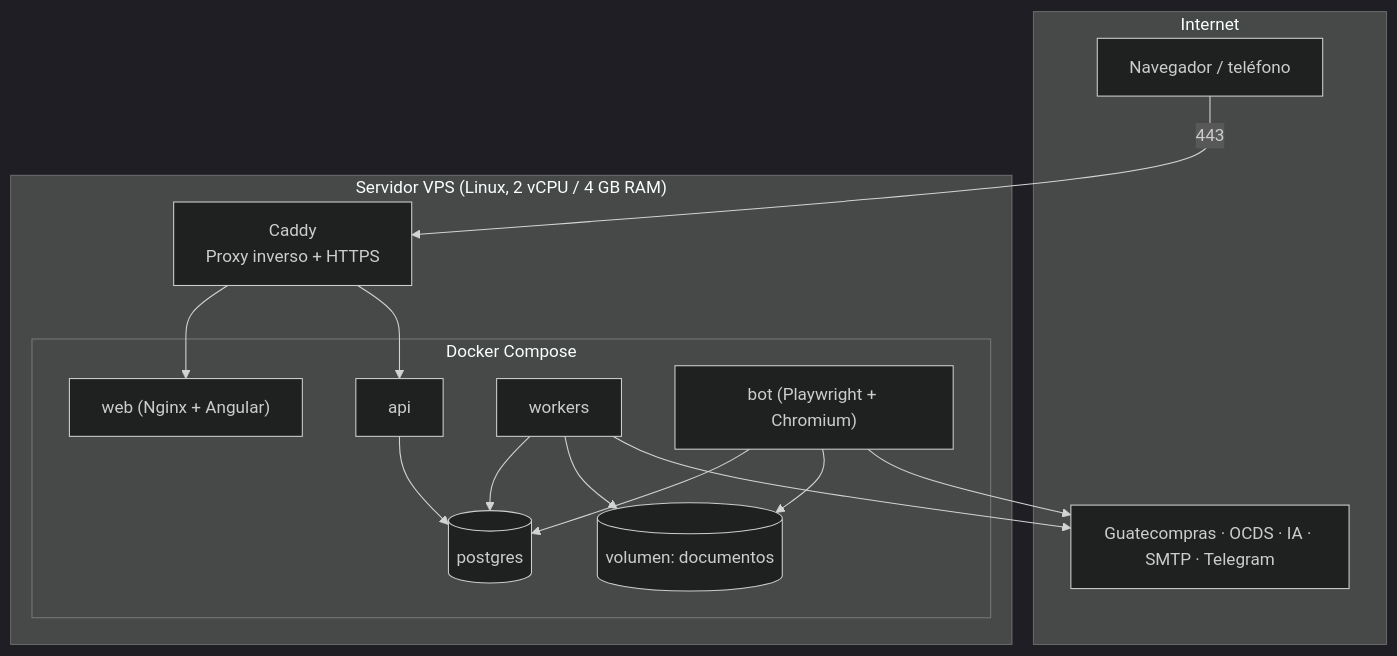
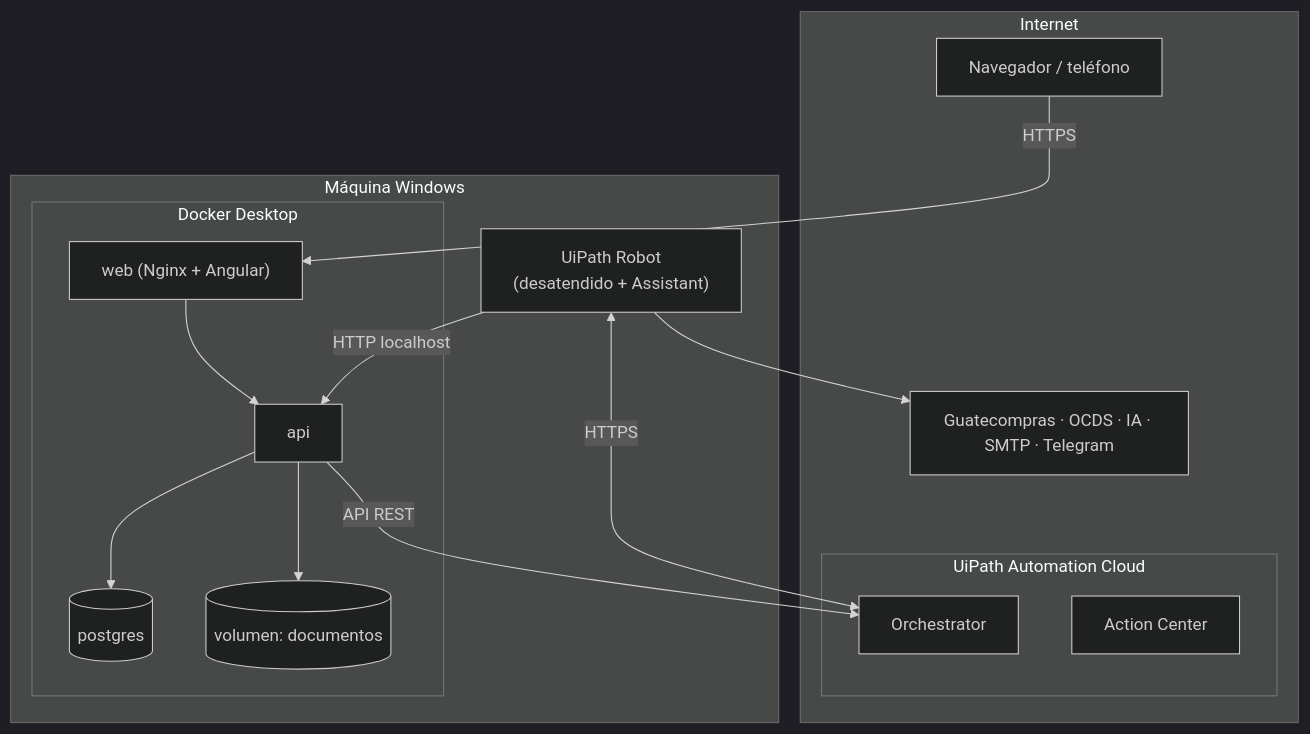
Before and after one commit to DenisArango/GuateComprasRPA: the fifth of 5 diagrams in docs/05-arquitectura.md, drawn with Mermaid (dark theme). The commit also changed other lines of this file and 776 other files, not shown here.

````diff
--- a/docs/05-arquitectura.md
+++ b/docs/05-arquitectura.md
@@ -169,30 +225,30 @@
 ```mermaid
 flowchart TB
     subgraph Internet
         USR["Navegador / teléfono"]
         EXT["Guatecompras · OCDS · IA · SMTP · Telegram"]
+        subgraph UC["UiPath Automation Cloud"]
+            ORC["Orchestrator"]
+            ACT["Action Center"]
+        end
     end
 
-    subgraph VPS["Servidor VPS (Linux, 2 vCPU / 4 GB RAM)"]
-        RP["Caddy<br/>Proxy inverso + HTTPS"]
-        subgraph DC["Docker Compose"]
+    subgraph WINM["Máquina Windows"]
+        RBT["UiPath Robot<br/>(desatendido + Assistant)"]
+        subgraph DC["Docker Desktop"]
             C_WEB["web (Nginx + Angular)"]
             C_API["api"]
-            C_WRK["workers"]
-            C_BOT["bot (Playwright + Chromium)"]
             C_DB[("postgres")]
             V_DOC[("volumen: documentos")]
         end
     end
 
-    USR -->|443| RP
-    RP --> C_WEB
-    RP --> C_API
+    USR -->|HTTPS| C_WEB
+    C_WEB --> C_API
     C_API --> C_DB
-    C_WRK --> C_DB
-    C_BOT --> C_DB
-    C_BOT --> V_DOC
-    C_WRK --> V_DOC
-    C_BOT --> EXT
-    C_WRK --> EXT
+    C_API --> V_DOC
+    C_API -->|API REST| ORC
+    RBT <-->|HTTPS| ORC
+    RBT -->|HTTP localhost| C_API
+    RBT --> EXT
 ```
````
